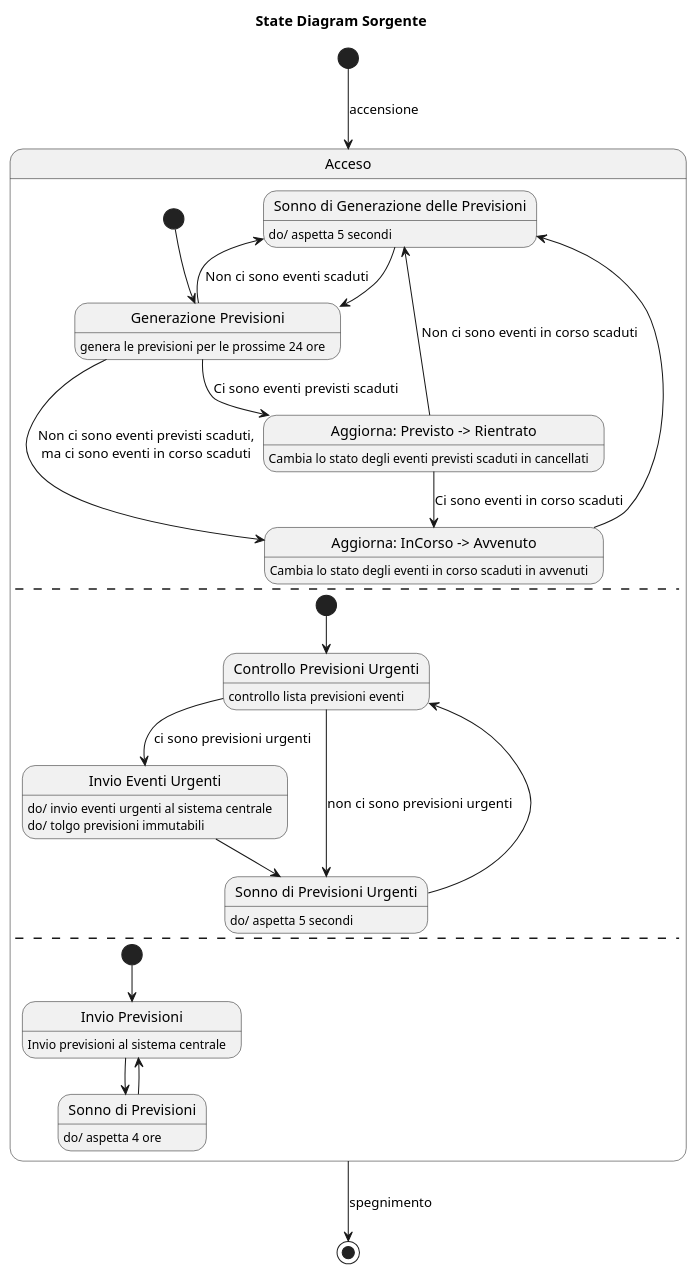
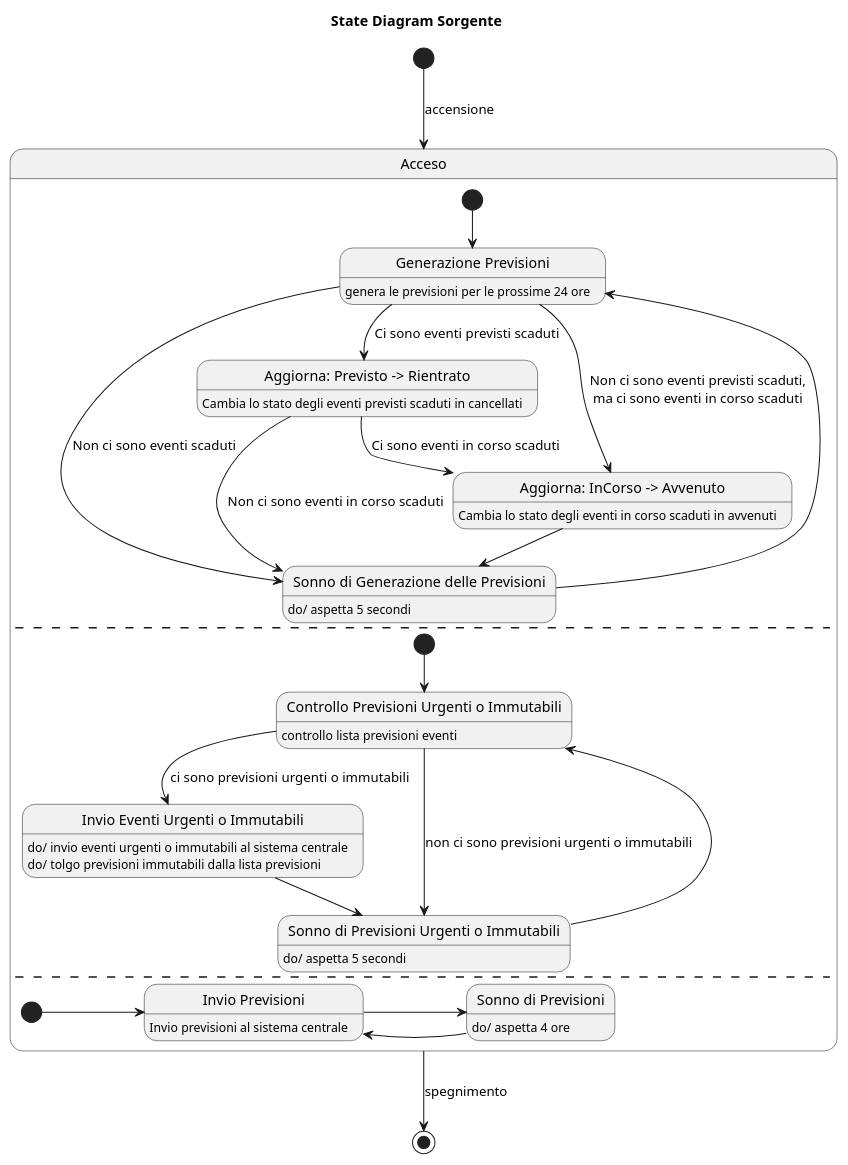
Before and after one commit to xFA25E/sweng_14_2019: the diagram in UML/src/state/sorgente.puml, drawn with PlantUML. The commit also changed 7 other files, not shown here.

Commit message:
changed state diagrams and added descriptions

```diff
--- a/UML/src/state/sorgente.puml
+++ b/UML/src/state/sorgente.puml
@@ -1,65 +1,65 @@
 @startuml
 title State Diagram Sorgente
 
 [*] --> Acceso: accensione
 
 state Acceso {
 
     state "Generazione Previsioni" as GenPrev
     state "Aggiorna: Previsto -> Rientrato" as AggPrevCanc
     state "Aggiorna: InCorso -> Avvenuto" as AggCorAvv
     state "Sonno di Generazione delle Previsioni" as SonnoGen
 
     [*] --> GenPrev
 
     GenPrev: genera le previsioni per le prossime 24 ore
     GenPrev --> AggPrevCanc: Ci sono eventi previsti scaduti
     GenPrev --> AggCorAvv: Non ci sono eventi previsti scaduti,\nma ci sono eventi in corso scaduti
-    GenPrev --> SonnoGen: Non ci sono eventi scaduti
+    GenPrev -right-> SonnoGen: Non ci sono eventi scaduti
 
     AggPrevCanc: Cambia lo stato degli eventi previsti scaduti in cancellati
     AggPrevCanc --> AggCorAvv: Ci sono eventi in corso scaduti
     AggPrevCanc --> SonnoGen: Non ci sono eventi in corso scaduti
 
     AggCorAvv: Cambia lo stato degli eventi in corso scaduti in avvenuti
     AggCorAvv --> SonnoGen
 
     SonnoGen: do/ aspetta 5 secondi
     SonnoGen -> GenPrev
 
     --
 
-    state "Controllo Previsioni Urgenti" as ConPrevUrg
-    state "Invio Eventi Urgenti" as InvioEvtUrg
-    state "Sonno di Previsioni Urgenti" as SonnoPrevUrg
+    state "Controllo Previsioni Urgenti o Immutabili" as ConPrevUrg
+    state "Invio Eventi Urgenti o Immutabili" as InvioEvtUrg
+    state "Sonno di Previsioni Urgenti o Immutabili" as SonnoPrevUrg
 
     [*] --> ConPrevUrg
 
     ConPrevUrg: controllo lista previsioni eventi
-    ConPrevUrg --> InvioEvtUrg: ci sono previsioni urgenti
-    ConPrevUrg --> SonnoPrevUrg: non ci sono previsioni urgenti
+    ConPrevUrg --> InvioEvtUrg: ci sono previsioni urgenti o immutabili
+    ConPrevUrg --> SonnoPrevUrg: non ci sono previsioni urgenti o immutabili
 
-    InvioEvtUrg: do/ invio eventi urgenti al sistema centrale
-    InvioEvtUrg: do/ tolgo previsioni immutabili
+    InvioEvtUrg: do/ invio eventi urgenti o immutabili al sistema centrale
+    InvioEvtUrg: do/ tolgo previsioni immutabili dalla lista previsioni
     InvioEvtUrg --> SonnoPrevUrg
 
     SonnoPrevUrg: do/ aspetta 5 secondi
     SonnoPrevUrg --> ConPrevUrg
 
     ---
 
     state "Invio Previsioni" as InvPrev
     state "Sonno di Previsioni" as SonnoPrev
 
-    [*] --> InvPrev
+    [*] -right-> InvPrev: \t\t\t
 
     InvPrev: Invio previsioni al sistema centrale
-    InvPrev --> SonnoPrev
+    InvPrev -right-> SonnoPrev: \t\t\t
 
     SonnoPrev: do/ aspetta 4 ore
-    SonnoPrev --> InvPrev
+    SonnoPrev -left-> InvPrev: \t\t\t
 
 }
 
 Acceso --> [*]: spegnimento
 @enduml
```
